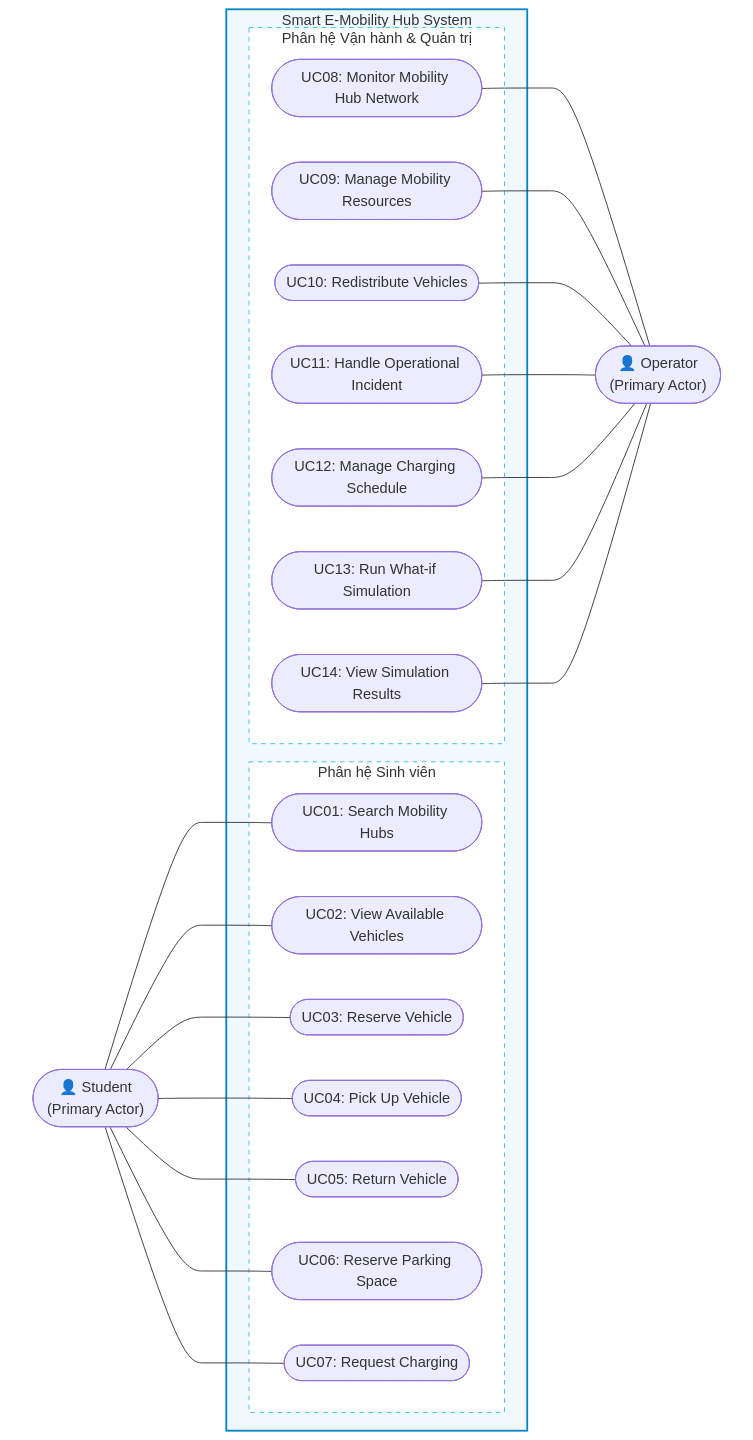
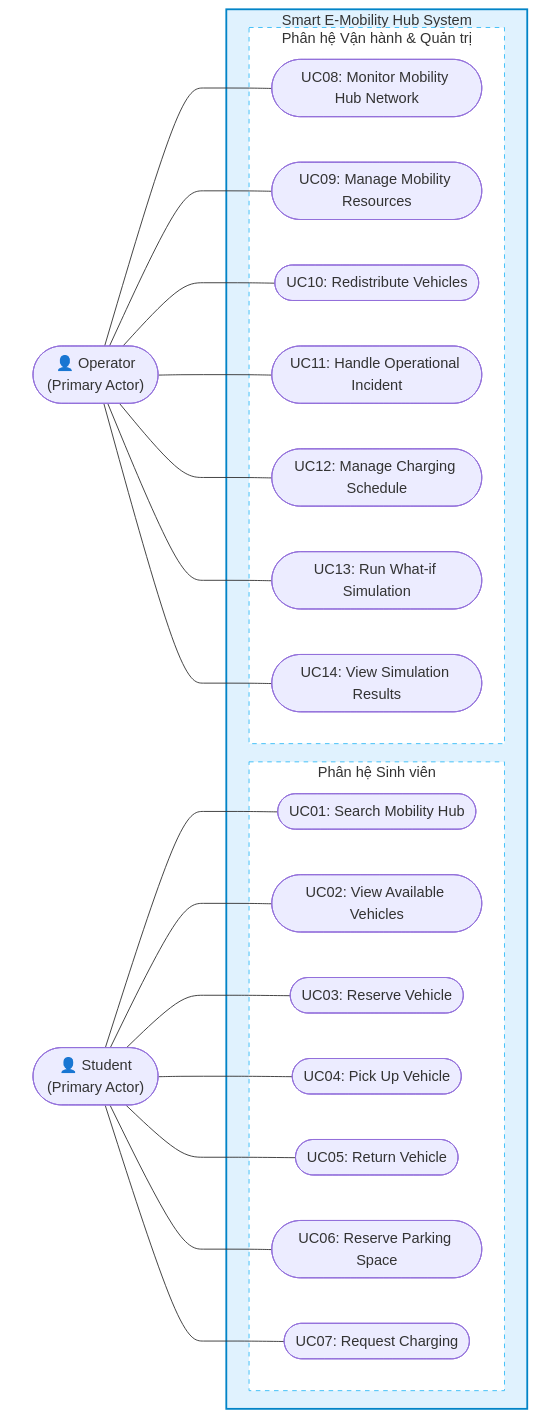
The first of 2 diagrams in PROJECT_SPECIFICATION.md (YdtTran/software-engineerning), drawn with Mermaid before and after one commit. The commit also changed other lines of this file and 217 other files, not shown here.

````diff
--- a/PROJECT_SPECIFICATION.md
+++ b/PROJECT_SPECIFICATION.md
@@ -106,54 +106,50 @@
 ```mermaid
 flowchart LR
     subgraph LeftActors [" "]
         Student(["👤 Student\n(Primary Actor)"])
+        Operator(["👤 Operator\n(Primary Actor)"])
     end
 
     subgraph SystemBoundary ["Smart E-Mobility Hub System"]
         subgraph StudentModule ["Phân hệ Sinh viên"]
-            UC01(["UC01: Search Mobility Hubs"])
+            UC01(["UC01: Search Mobility Hub"])
             UC02(["UC02: View Available Vehicles"])
             UC03(["UC03: Reserve Vehicle"])
             UC04(["UC04: Pick Up Vehicle"])
             UC05(["UC05: Return Vehicle"])
             UC06(["UC06: Reserve Parking Space"])
             UC07(["UC07: Request Charging"])
         end
 
         subgraph OperatorModule ["Phân hệ Vận hành & Quản trị"]
             UC08(["UC08: Monitor Mobility Hub Network"])
             UC09(["UC09: Manage Mobility Resources"])
             UC10(["UC10: Redistribute Vehicles"])
             UC11(["UC11: Handle Operational Incident"])
             UC12(["UC12: Manage Charging Schedule"])
             UC13(["UC13: Run What-if Simulation"])
             UC14(["UC14: View Simulation Results"])
         end
     end
 
-    subgraph RightActors [" "]
-        Operator(["👤 Operator\n(Primary Actor)"])
-    end
-
     Student --- UC01
     Student --- UC02
     Student --- UC03
     Student --- UC04
     Student --- UC05
     Student --- UC06
     Student --- UC07
 
-    UC08 --- Operator
-    UC09 --- Operator
-    UC10 --- Operator
-    UC11 --- Operator
-    UC12 --- Operator
-    UC13 --- Operator
-    UC14 --- Operator
+    Operator --- UC08
+    Operator --- UC09
+    Operator --- UC10
+    Operator --- UC11
+    Operator --- UC12
+    Operator --- UC13
+    Operator --- UC14
 
     style LeftActors fill:none,stroke:none
-    style RightActors fill:none,stroke:none
-    style SystemBoundary fill:#f0f9ff,stroke:#0284c7,stroke-width:2px
+    style SystemBoundary fill:#e0f2fe,stroke:#0284c7,stroke-width:2px
     style StudentModule fill:#ffffff,stroke:#38bdf8,stroke-dasharray: 5 5
     style OperatorModule fill:#ffffff,stroke:#38bdf8,stroke-dasharray: 5 5
 ```
````
